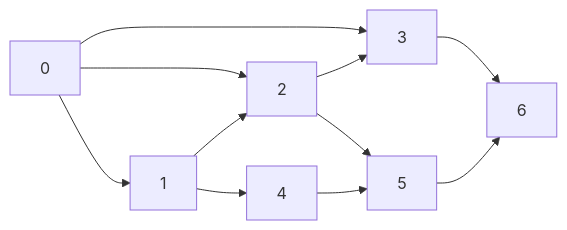
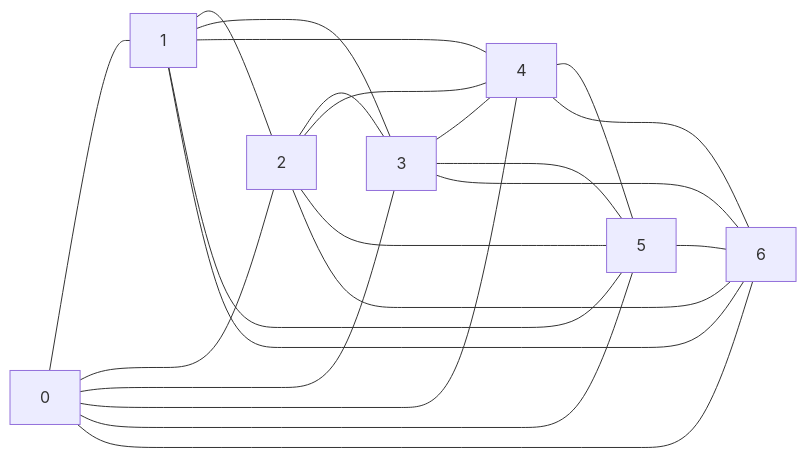
Before and after one commit to djaimej/computer-science-template: the second of 2 diagrams in public/documents/semester-2/3/2345.md, drawn with Mermaid. The commit also changed other lines of this file and 38 other files, not shown here.

````diff
--- a/public/documents/semester-2/3/2345.md
+++ b/public/documents/semester-2/3/2345.md
@@ -97,13 +105,24 @@
 ```mermaid
 graph LR
-0 --> 1
-0 --> 2
-0 --> 3
-1 --> 2
-1 --> 4
-2 --> 3
-2 --> 5
-3 --> 6
-4 --> 5
-5 --> 6
+0 --- 1
+0 --- 2
+0 --- 3
+0 --- 4
+0 --- 5
+0 --- 6
+1 --- 2
+1 --- 3
+1 --- 4
+1 --- 5
+1 --- 6
+2 --- 3
+2 --- 4
+2 --- 5
+2 --- 6
+3 --- 4
+3 --- 5
+3 --- 6
+4 --- 5
+4 --- 6
+5 --- 6
 ```
````
